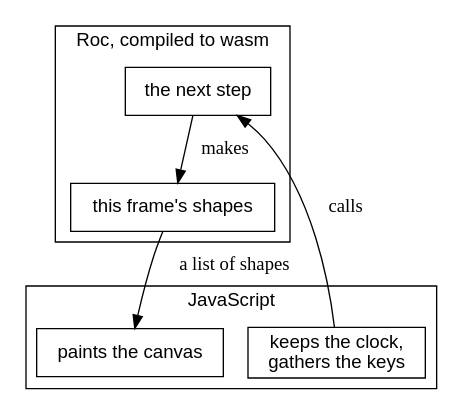
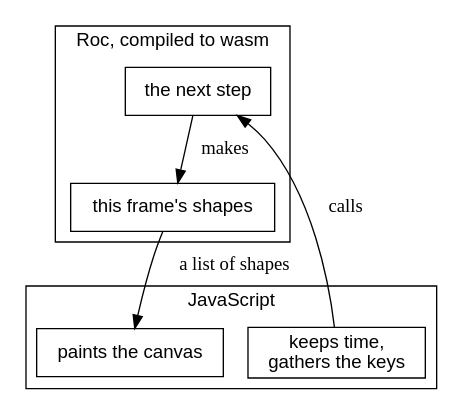
Before and after one commit to showell/roc-apps: the third of 30 diagrams in canvas_apps/safari/tutorial/tutorial.md, drawn with Graphviz. The commit also changed other lines of this file, not shown here.

````diff
--- a/canvas_apps/safari/tutorial/tutorial.md
+++ b/canvas_apps/safari/tutorial/tutorial.md
@@ -155,19 +155,19 @@
 ```dot
 digraph tick {
   node [shape=box, fontname="Helvetica"];
   fontname="Helvetica";
   subgraph cluster_js {
     label="JavaScript";
-    runner [label="keeps the clock,\ngathers the keys"];
+    runner [label="keeps time,\ngathers the keys"];
     paint [label="paints the canvas"];
   }
   subgraph cluster_roc {
     label="Roc, compiled to wasm";
     advance [label="the next step"];
     frame [label="this frame's shapes"];
   }
   runner -> advance [label="  calls"];
   advance -> frame [label="  makes"];
   frame -> paint [label="  a list of shapes"];
 }
 ```
````
